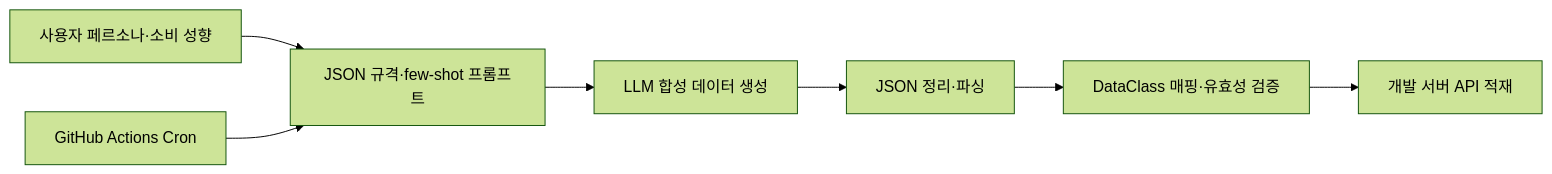
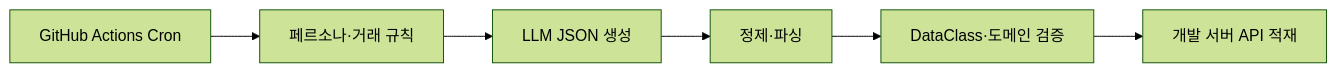
Before and after one commit to guseoh/cs: the diagram in References/Tech Articles/Articles/2026/2026-10-28-뱅크샐러드에서-테스트-데이터를-생성하는-방법-feat-LLM-9604a396.md, drawn with Mermaid (forest theme). The commit also changed other lines of this file and 29 other files, not shown here.

````diff
--- a/References/Tech Articles/Articles/2026/2026-10-28-뱅크샐러드에서-테스트-데이터를-생성하는-방법-feat-LLM-9604a396.md
+++ b/References/Tech Articles/Articles/2026/2026-10-28-뱅크샐러드에서-테스트-데이터를-생성하는-방법-feat-LLM-9604a396.md
@@ -35,9 +35,8 @@
 ```mermaid
 flowchart LR
-  A[사용자 페르소나·소비 성향] --> B[JSON 규격·few-shot 프롬프트]
-  B --> C[LLM 합성 데이터 생성]
-  C --> D[JSON 정리·파싱]
-  D --> E[DataClass 매핑·유효성 검증]
-  E --> F[개발 서버 API 적재]
-  G[GitHub Actions Cron] --> B
+ A[페르소나·거래 규칙] --> B[LLM JSON 생성]
+ B --> C[정제·파싱]
+ C --> D[DataClass·도메인 검증]
+ D --> E[개발 서버 API 적재]
+ F[GitHub Actions Cron] --> A
 ```
````
